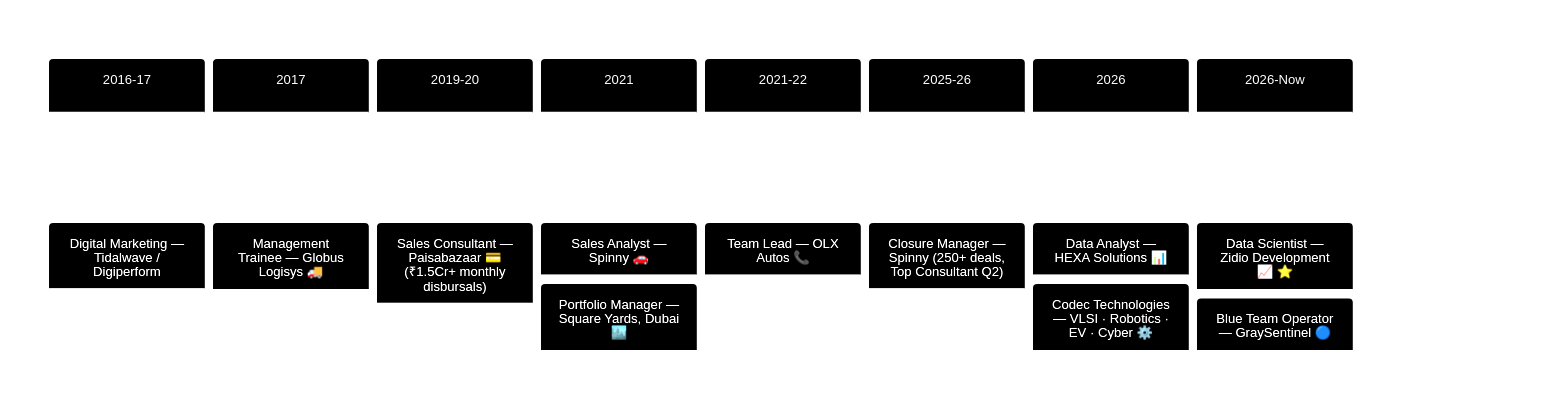
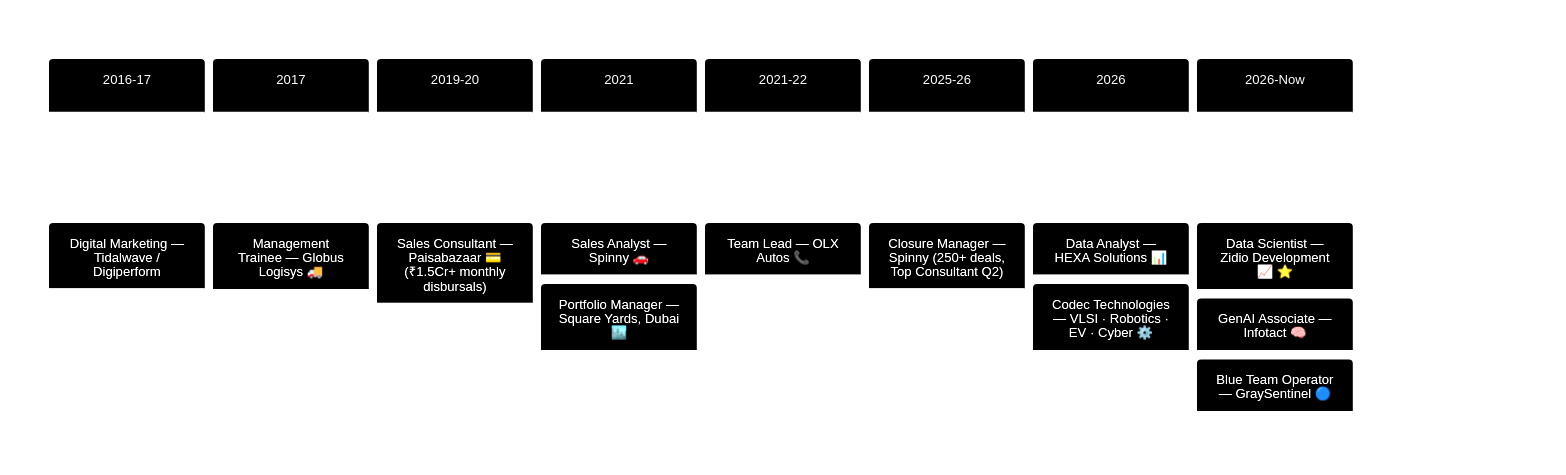
One commit to Eswar5313/Eswar5313 changed the diagram in README.md. Above: the diagram before and after it, drawn with Mermaid. The commit also changed other lines of this file and 22 other files, not shown here.

Commit message:
Career Control Tower: all 23 pages unified on Kailash Monochrome; Sep–Oct 2026 work integrated (FORESIGHT, Infotact GenAI, 12 PM cases, CadetX HWI, 66 simulations); broken master-repo links fixed

````diff
--- a/README.md
+++ b/README.md
@@ -217,13 +225,13 @@
 ```mermaid
 %%{init: {'theme':'base','themeVariables':{'primaryColor':'#222222','primaryTextColor':'#FFFFFF','primaryBorderColor':'#FFFFFF','lineColor':'#FFFFFF','secondaryColor':'#000000','tertiaryColor':'#1A1A1A','fontFamily':'Georgia, serif'}}}%%
 timeline
     title 8+ Years Across 7 Industries
     2016-17 : Digital Marketing — Tidalwave / Digiperform
     2017 : Management Trainee — Globus Logisys 🚚
     2019-20 : Sales Consultant — Paisabazaar 💳 (₹1.5Cr+ monthly disbursals)
     2021 : Sales Analyst — Spinny 🚗 : Portfolio Manager — Square Yards, Dubai 🏙️
     2021-22 : Team Lead — OLX Autos 📞
     2025-26 : Closure Manager — Spinny (250+ deals, Top Consultant Q2)
     2026 : Data Analyst — HEXA Solutions 📊 : Codec Technologies — VLSI · Robotics · EV · Cyber ⚙️
-    2026-Now : Data Scientist — Zidio Development 📈 ⭐ : Blue Team Operator — GraySentinel 🔵
+    2026-Now : Data Scientist — Zidio Development 📈 ⭐ : GenAI Associate — Infotact 🧠 : Blue Team Operator — GraySentinel 🔵
 ```
````
